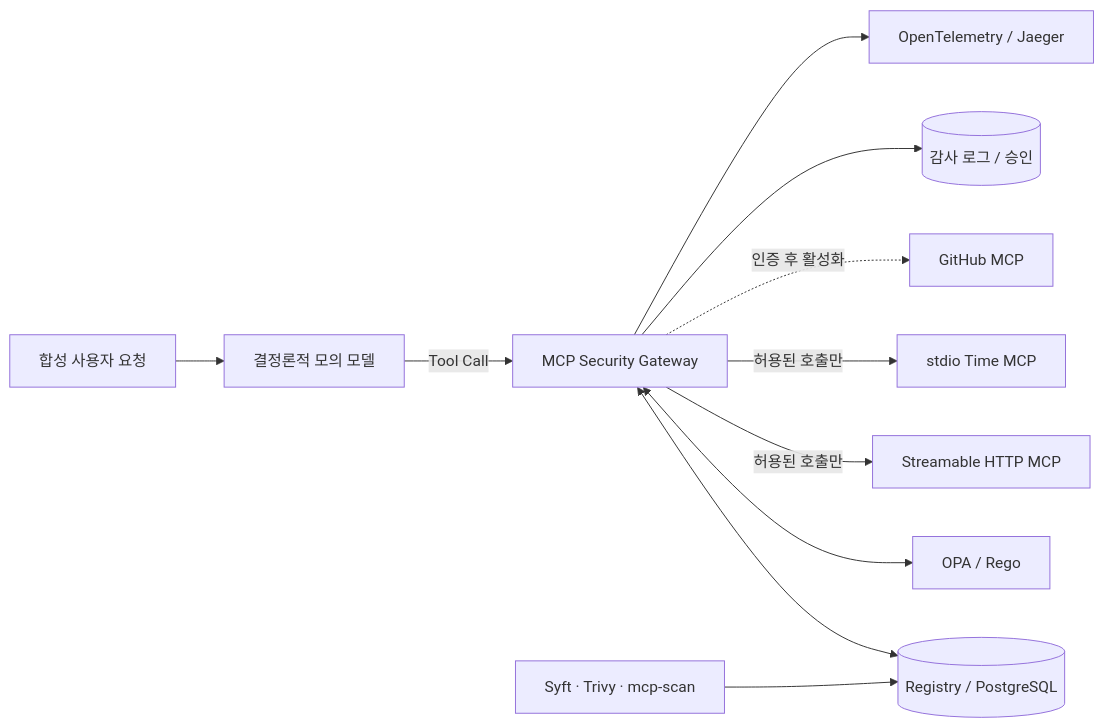
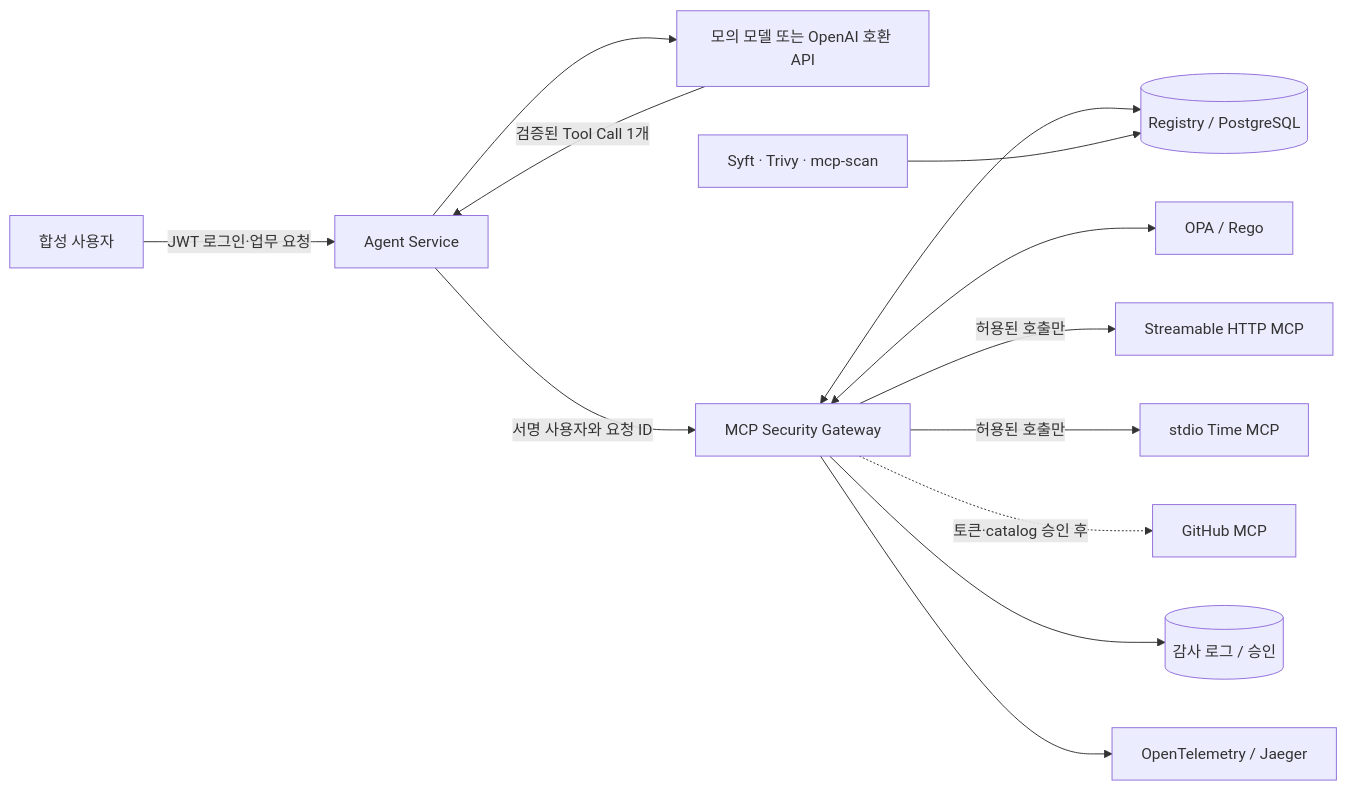
Before and after one commit to MCP-governance/mcp-gateway: the diagram in full_stack_lab/README.md, drawn with Mermaid. The commit also changed other lines of this file and 24 other files, not shown here.

First line of the commit message:
기능: 2026-09 v1.1 Agent Service와 MCP 시나리오 통합

````diff
--- a/full_stack_lab/README.md
+++ b/full_stack_lab/README.md
@@ -17,13 +17,15 @@
 ```mermaid
 flowchart LR
-    U[합성 사용자 요청] --> M[결정론적 모의 모델]
-    M -->|Tool Call| G[MCP Security Gateway]
+    U[합성 사용자] -->|JWT 로그인·업무 요청| AS[Agent Service]
+    AS --> M[모의 모델 또는 OpenAI 호환 API]
+    M -->|검증된 Tool Call 1개| AS
+    AS -->|서명 사용자와 요청 ID| G[MCP Security Gateway]
     G <--> R[(Registry / PostgreSQL)]
     G <--> O[OPA / Rego]
     G -->|허용된 호출만| H[Streamable HTTP MCP]
     G -->|허용된 호출만| S[stdio Time MCP]
-    G -. 인증 후 활성화 .-> GH[GitHub MCP]
+    G -. 토큰·catalog 승인 후 .-> GH[GitHub MCP]
     G --> A[(감사 로그 / 승인)]
     G --> J[OpenTelemetry / Jaeger]
     SC[Syft · Trivy · mcp-scan] --> R
 ```
````
